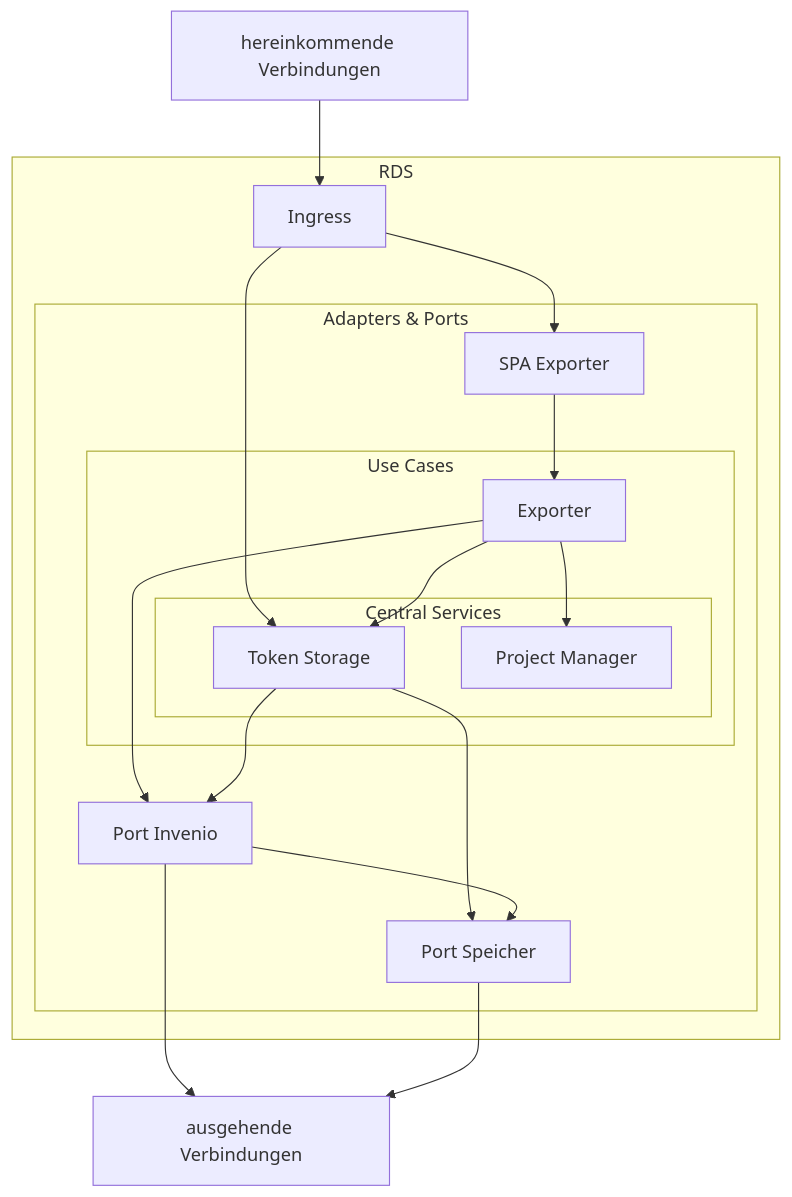
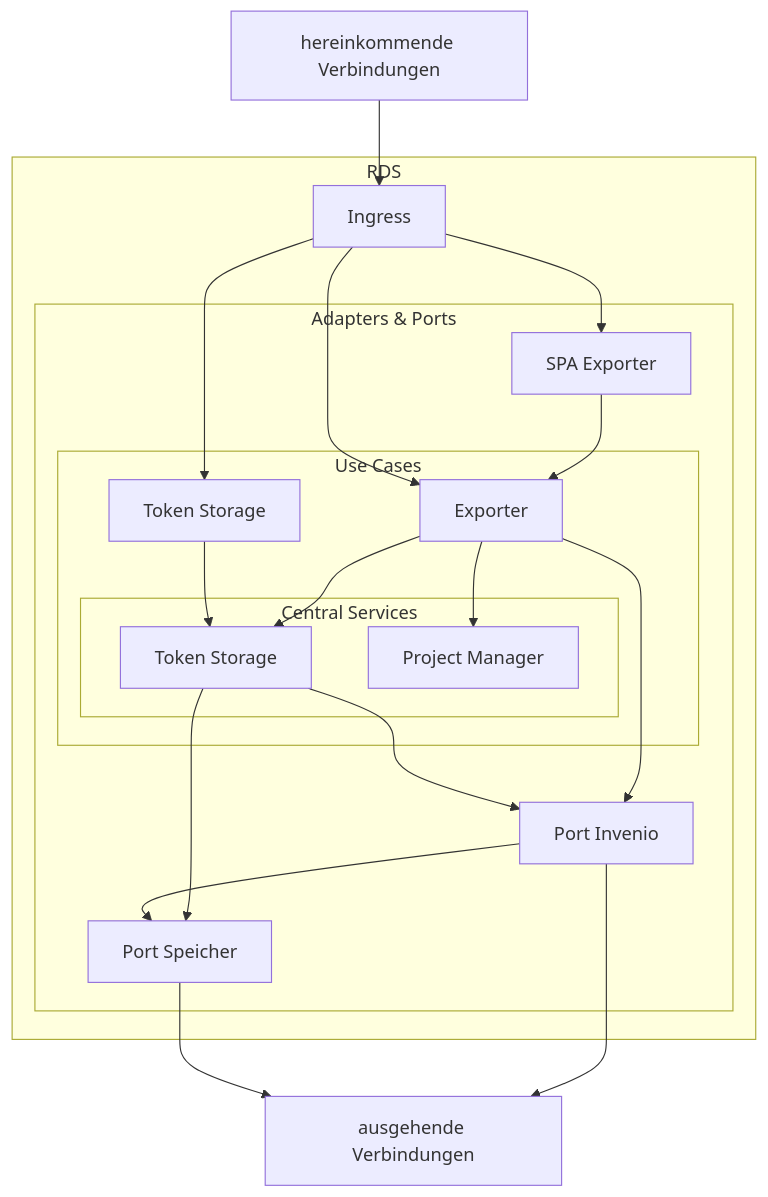
The diagram in docs/content/doc/arc42/ecosystem.de.md (Sciebo-RDS/Sciebo-RDS), drawn with Mermaid before and after one commit.

Commit message:
update ecosystem

````diff
--- a/docs/content/doc/arc42/ecosystem.de.md
+++ b/docs/content/doc/arc42/ecosystem.de.md
@@ -15,58 +15,62 @@
 ```mermaid
 graph TD;
   %% define nodes
 
   WWWI[hereinkommende Verbindungen]
 
   subgraph RDS
     Ingress
 
     subgraph Adapters & Ports
       SPAEx[SPA Exporter]
       %% SPATS[SPA Token Storage]
 
       PInvenio[Port Invenio]
       PStorage[Port Speicher]
 
       subgraph Use Cases
         UCEx[Exporter]
+        UCTS[Token Storage]
 
         subgraph Central Services
           CSTS[Token Storage]
           CSPM[Project Manager]
         end
       end
     end
   end
 
 
 
   WWWO[ausgehende Verbindungen]
 
   click SPAEx "/sciebo-rds/de/doc/impl/adapters/spa-exporter/"
   click SPATS "/sciebo-rds/de/doc/impl/adapters/spa-token-storage"
   click UCEx "/sciebo-rds/de/doc/impl/use-cases/exporter"
   click CSTS "/sciebo-rds/de/doc/impl/central/token-storage"
   click CSPM "/sciebo-rds/de/doc/impl/central/project-manager"
-  click PInvenio "/sciebo-rds/de/doc/impl/adapters/port-invenio"
-  click PStorage "/sciebo-rds/de/doc/impl/adapters/port-storage"
+  click PInvenio "/sciebo-rds/de/doc/impl/ports/port-invenio"
+  click PStorage "/sciebo-rds/de/doc/impl/ports/port-storage"
 
   %% define connections
   WWWI --> Ingress
 
   Ingress --> SPAEx --> UCEx
+  Ingress --> UCEx
   %% Ingress --> SPATS --> CSTS
-  Ingress --> CSTS
+  Ingress --> UCTS
 
   UCEx --> CSTS
   UCEx --> CSPM
   UCEx --> PInvenio
+
+  UCTS --> CSTS
   
   CSTS --> PInvenio
   CSTS --> PStorage
 
   PInvenio --> PStorage
 
   PInvenio --> WWWO
   PStorage --> WWWO
 ```
````
